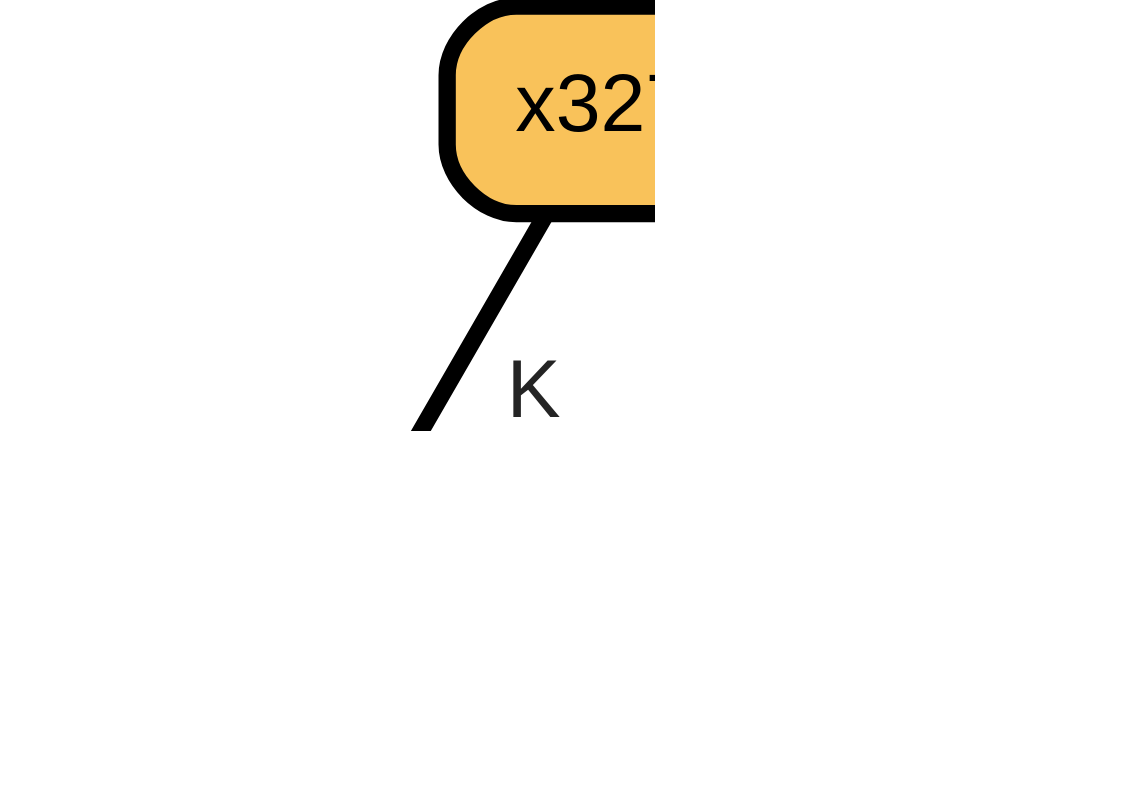
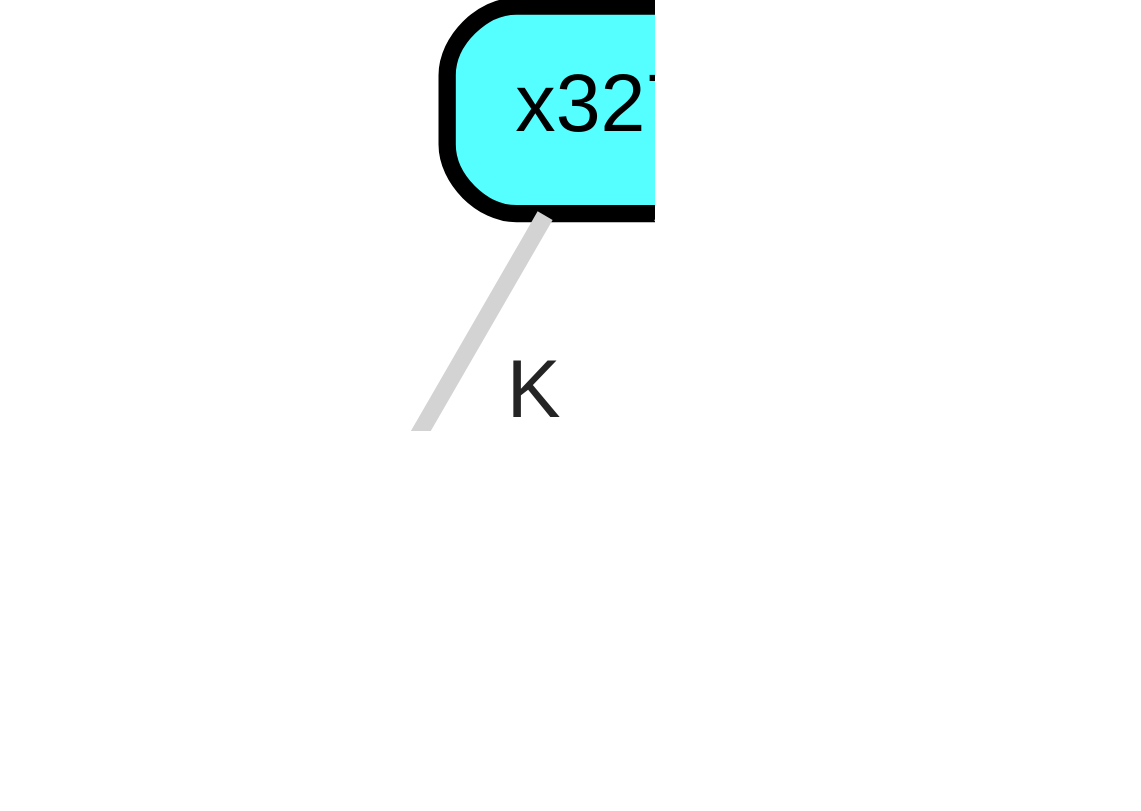
The diagram in qnet_predictions/qnet_models/trees/70.dot (zeroknowledgediscovery/emergenet), drawn with Graphviz before and after one commit. The commit also changed 1724 other files, not shown here.

```diff
--- a/qnet_predictions/qnet_models/trees/70.dot
+++ b/qnet_predictions/qnet_models/trees/70.dot
@@ -1,14 +1,14 @@
 graph Tree {
 node [shape=box, style="filled, rounded",color="black",penwidth="3",fontcolor="black",                 fontname=helvetica] ;
 graph [ranksep="0 equally", splines=straight,                 bgcolor=transparent, dpi=200] ;
-edge [fontname=helvetica, fontweight=bold,fontcolor=grey14,color=black] ;
+edge [fontname=helvetica, fontweight=bold,fontcolor=grey14,color=lightgray] ;
 0 [label="K
 Prob: 1.0
-Frac: 0.967", fillcolor="#ffc155"] ;
-1 [label="x327", fillcolor="#f9c25a"] ;
+Frac: 0.967", fillcolor="#55ffff"] ;
+1 [label="x327", fillcolor="#55feff"] ;
 2 [label="N
 Prob: 1.0
 Frac: 0.033", fillcolor="#55ebff"] ;
 1 -- 0 [label=" K",penwidth=3] ;
 1 -- 2 [label=" Q\n R",penwidth=3] ;
 {rank = same;}}
```
